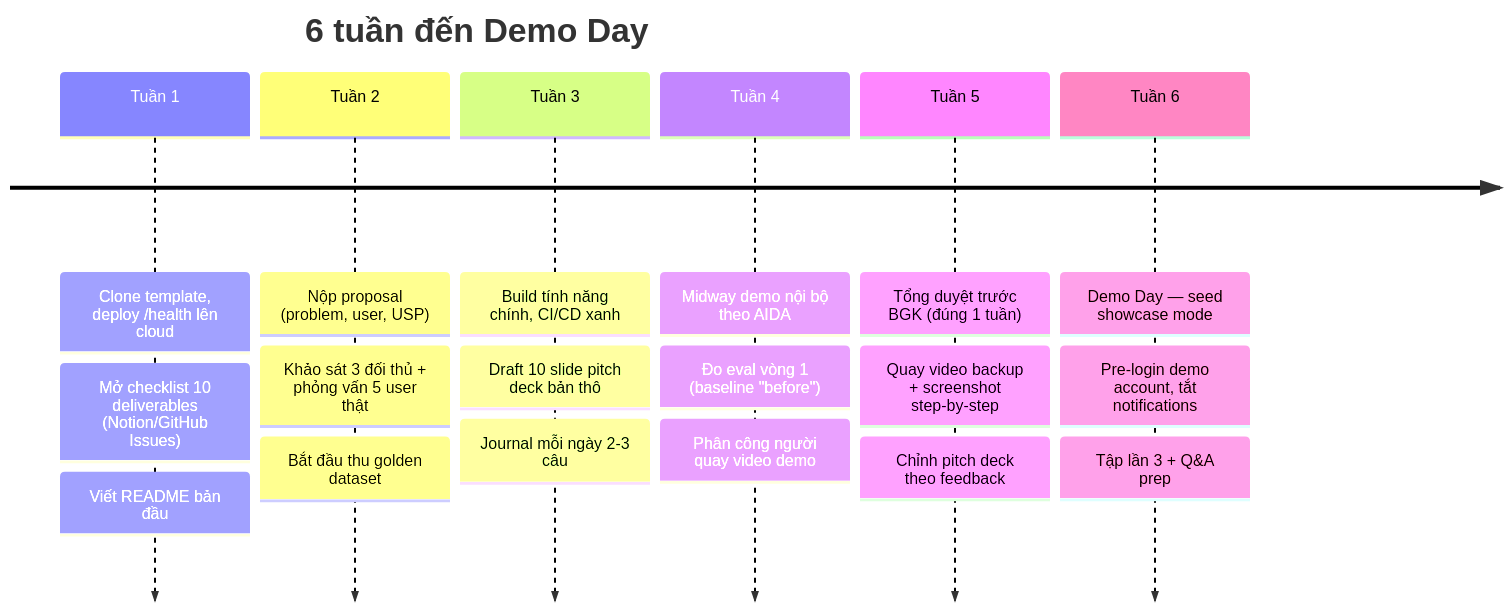
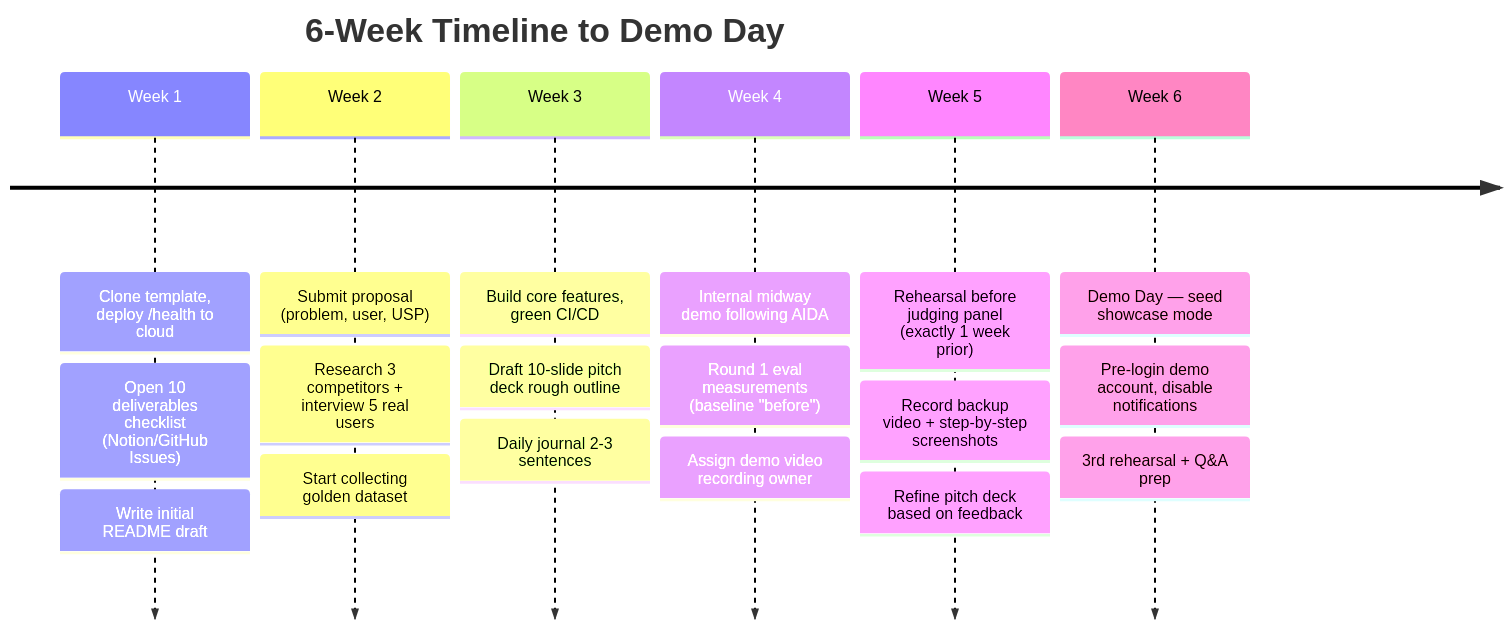
Before and after one commit to Dokhacgiakhoa/Project-Builder-4-Agents: the diagram in knowledge-base/technical-book/chapter-13.md, drawn with Mermaid. The commit also changed other lines of this file and 62 other files, not shown here.

````diff
--- a/knowledge-base/technical-book/chapter-13.md
+++ b/knowledge-base/technical-book/chapter-13.md
@@ -359,10 +359,10 @@
 ```mermaid
 timeline
-    title 6 tuần đến Demo Day
-    Tuần 1 : Clone template, deploy /health lên cloud : Mở checklist 10 deliverables (Notion/GitHub Issues) : Viết README bản đầu
-    Tuần 2 : Nộp proposal (problem, user, USP) : Khảo sát 3 đối thủ + phỏng vấn 5 user thật : Bắt đầu thu golden dataset
-    Tuần 3 : Build tính năng chính, CI/CD xanh : Draft 10 slide pitch deck bản thô : Journal mỗi ngày 2-3 câu
-    Tuần 4 : Midway demo nội bộ theo AIDA : Đo eval vòng 1 (baseline "before") : Phân công người quay video demo
-    Tuần 5 : Tổng duyệt trước BGK (đúng 1 tuần) : Quay video backup + screenshot step-by-step : Chỉnh pitch deck theo feedback
-    Tuần 6 : Demo Day — seed showcase mode : Pre-login demo account, tắt notifications : Tập lần 3 + Q&A prep
+    title 6-Week Timeline to Demo Day
+    Week 1 : Clone template, deploy /health to cloud : Open 10 deliverables checklist (Notion/GitHub Issues) : Write initial README draft
+    Week 2 : Submit proposal (problem, user, USP) : Research 3 competitors + interview 5 real users : Start collecting golden dataset
+    Week 3 : Build core features, green CI/CD : Draft 10-slide pitch deck rough outline : Daily journal 2-3 sentences
+    Week 4 : Internal midway demo following AIDA : Round 1 eval measurements (baseline "before") : Assign demo video recording owner
+    Week 5 : Rehearsal before judging panel (exactly 1 week prior) : Record backup video + step-by-step screenshots : Refine pitch deck based on feedback
+    Week 6 : Demo Day — seed showcase mode : Pre-login demo account, disable notifications : 3rd rehearsal + Q&A prep
 ```
````
